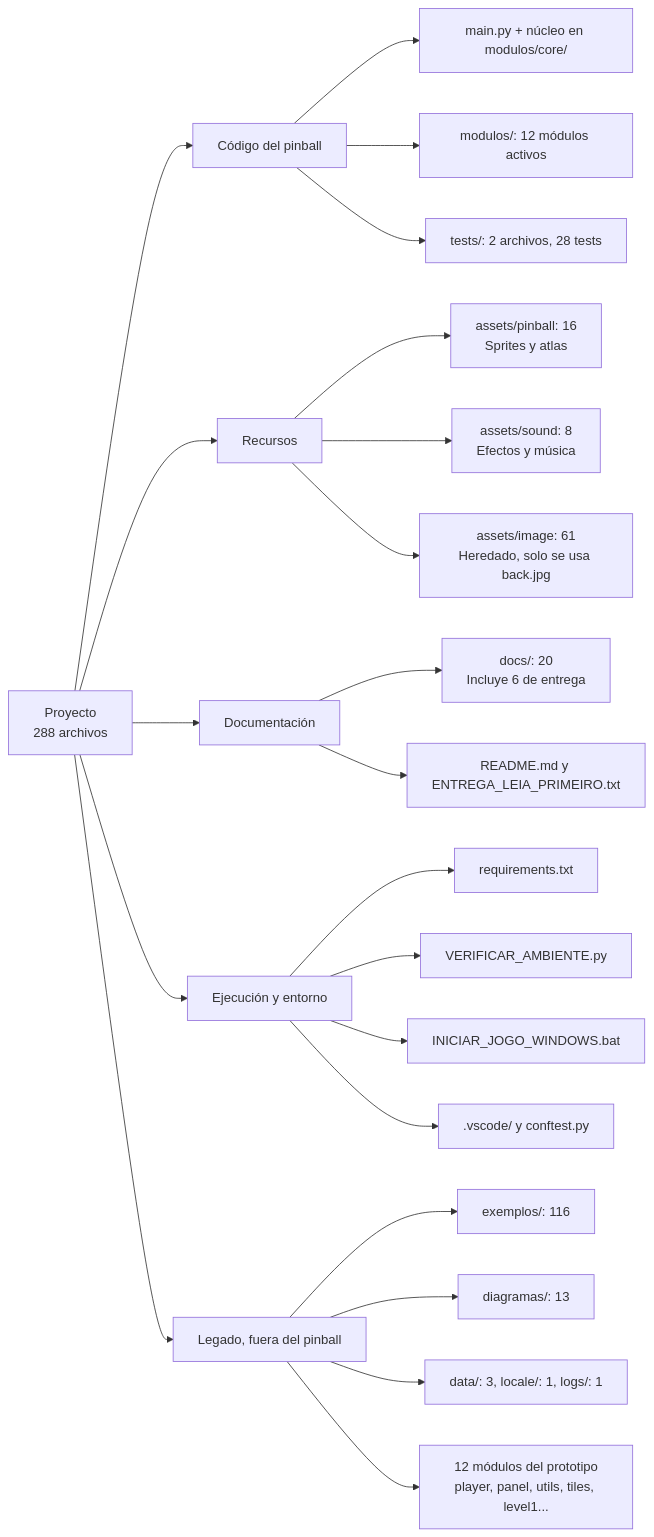
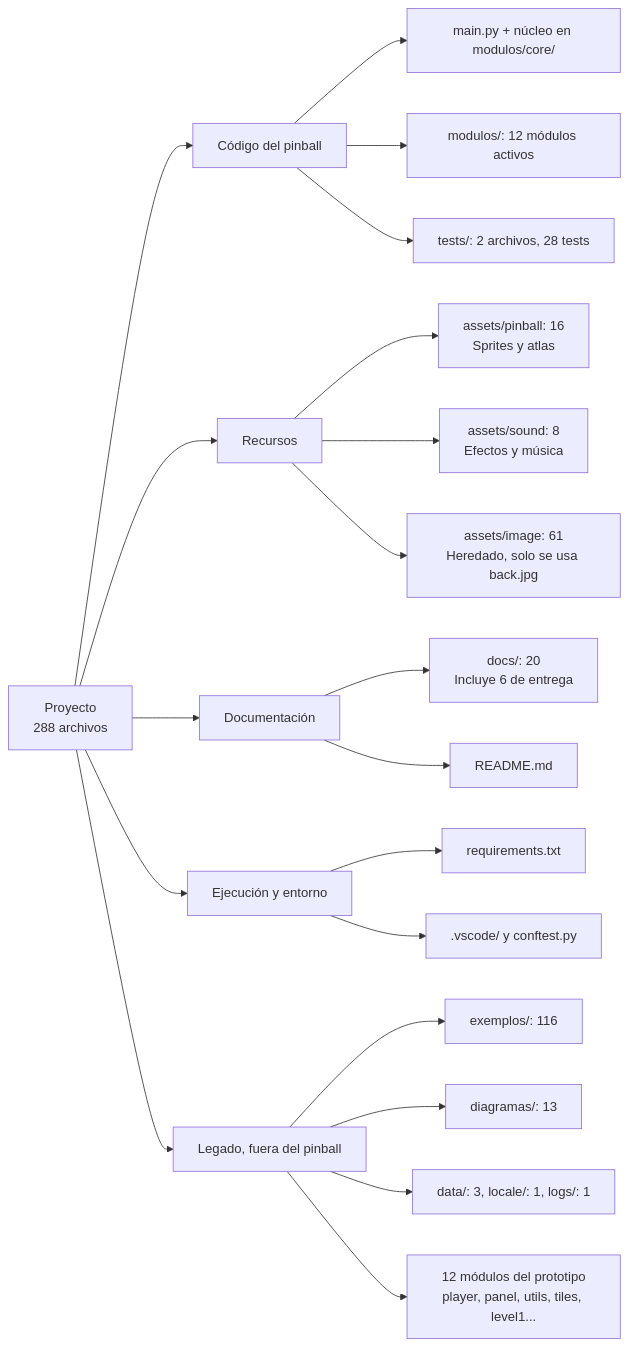
The second of 2 diagrams in docs/resumen_arquitectura.md (EthanAbner/TAC-III-Pinball), drawn with Mermaid before and after one commit. The commit also changed 8 other files, not shown here.

````diff
--- a/docs/resumen_arquitectura.md
+++ b/docs/resumen_arquitectura.md
@@ -70,30 +70,28 @@
 ```mermaid
 flowchart LR
     ROOT["Proyecto<br/>288 archivos"]
 
     ROOT --> CODE["Código del pinball"]
     CODE --> C1["main.py + núcleo en modulos/core/"]
     CODE --> C2["modulos/: 12 módulos activos"]
     CODE --> C3["tests/: 2 archivos, 28 tests"]
 
     ROOT --> RES["Recursos"]
     RES --> R1["assets/pinball: 16<br/>Sprites y atlas"]
     RES --> R2["assets/sound: 8<br/>Efectos y música"]
     RES --> R3["assets/image: 61<br/>Heredado, solo se usa back.jpg"]
 
     ROOT --> DOC["Documentación"]
     DOC --> D1["docs/: 20<br/>Incluye 6 de entrega"]
-    DOC --> D2["README.md y ENTREGA_LEIA_PRIMEIRO.txt"]
+    DOC --> D2["README.md"]
 
     ROOT --> SETUP["Ejecución y entorno"]
     SETUP --> S1["requirements.txt"]
-    SETUP --> S2["VERIFICAR_AMBIENTE.py"]
-    SETUP --> S3["INICIAR_JOGO_WINDOWS.bat"]
     SETUP --> S4[".vscode/ y conftest.py"]
 
     ROOT --> OLD["Legado, fuera del pinball"]
     OLD --> O1["exemplos/: 116"]
     OLD --> O2["diagramas/: 13"]
     OLD --> O3["data/: 3, locale/: 1, logs/: 1"]
     OLD --> O4["12 módulos del prototipo<br/>player, panel, utils, tiles, level1..."]
 ```
````
